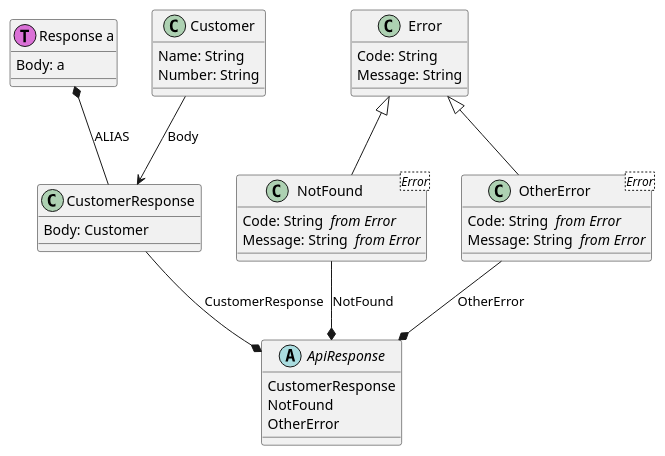
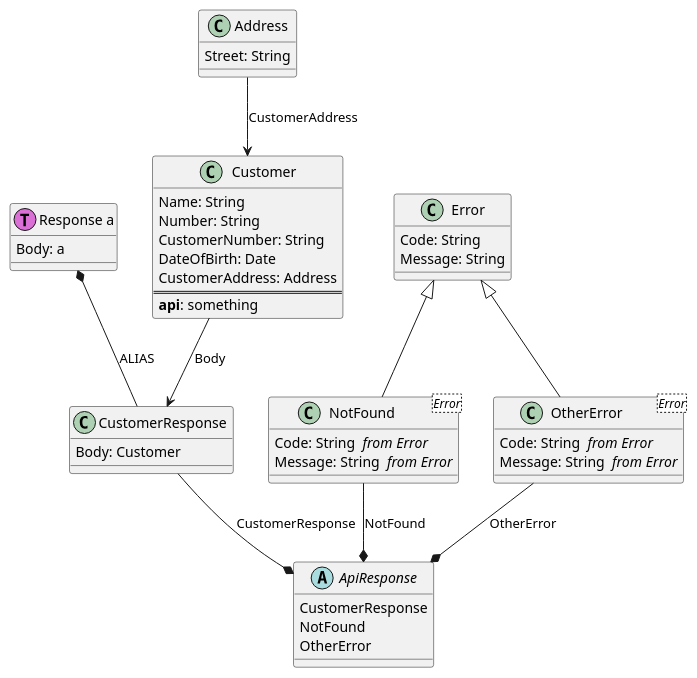
Before and after one commit to Baudin999/car-lang: the diagram in Examples/output/v0.0.1/Web/Web.puml, drawn with PlantUML. The commit also changed 20 other files, not shown here.

```diff
--- a/Examples/output/v0.0.1/Web/Web.puml
+++ b/Examples/output/v0.0.1/Web/Web.puml
@@ -1,34 +1,43 @@
 class "Response a" as Response << (T,orchid) >> {
 	Body: a 
+}
+class "Address" as Address  {
+	Street: String 
 }
 class "Customer" as Customer  {
 	Name: String 
 	Number: String 
+	CustomerNumber: String 
+	DateOfBirth: Date 
+	CustomerAddress: Address 
+===
+  <b>api</b>: something
 }
+Address --> Customer : CustomerAddress
 class "CustomerResponse " as CustomerResponse  {
 	Body: Customer 
 }
 Customer --> CustomerResponse : Body
 Response *-- CustomerResponse: ALIAS
 class "Error" as Error  {
 	Code: String 
 	Message: String 
 }
 class "NotFound " as NotFound <Error> {
 	Code: String  <i>from Error</i>
 	Message: String  <i>from Error</i>
 }
 Error <|-- NotFound
 class "OtherError " as OtherError <Error> {
 	Code: String  <i>from Error</i>
 	Message: String  <i>from Error</i>
 }
 Error <|-- OtherError
 abstract "ApiResponse" as ApiResponse {
 	CustomerResponse 
 	NotFound 
 	OtherError 
 }
 CustomerResponse --* ApiResponse : CustomerResponse
 NotFound --* ApiResponse : NotFound
 OtherError --* ApiResponse : OtherError
```
